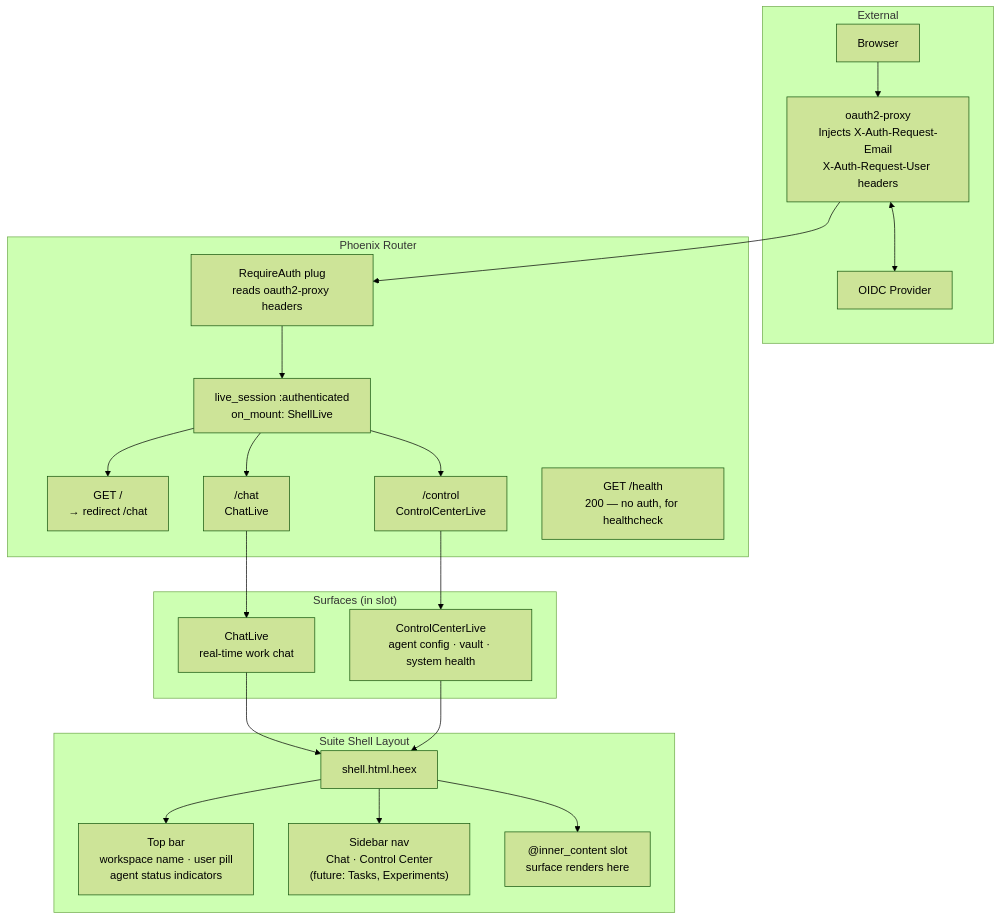
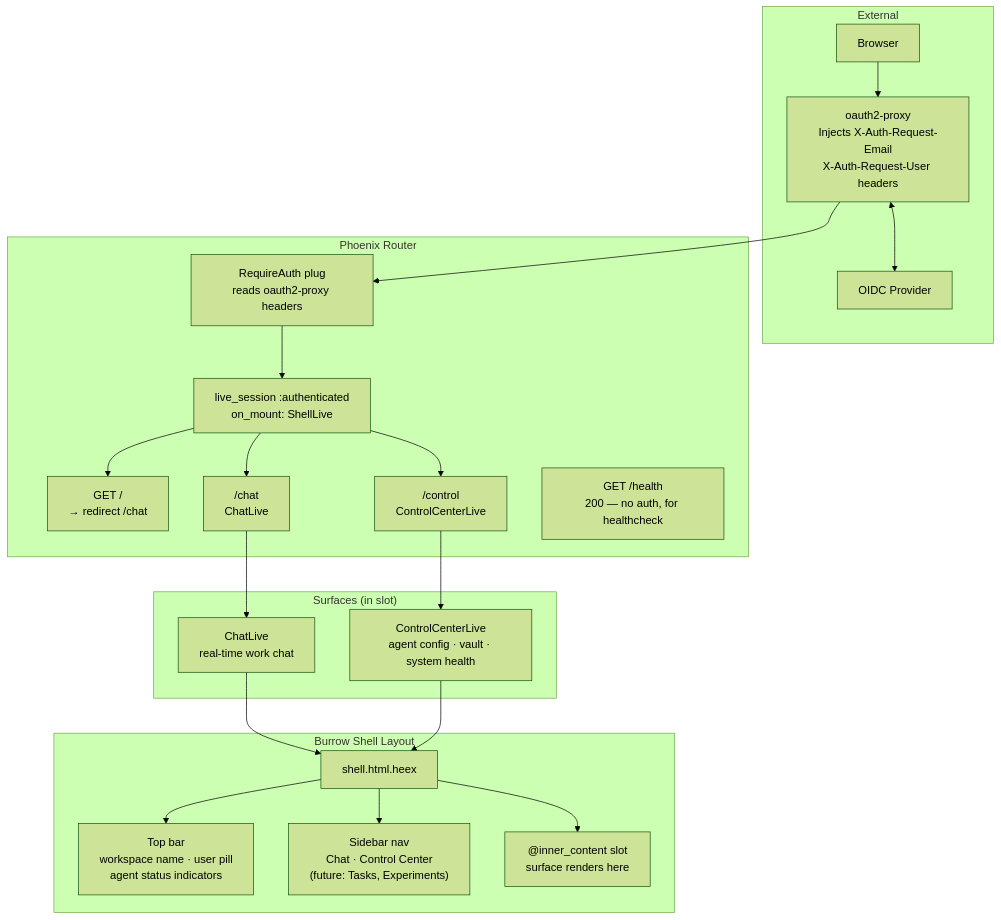
The first of 2 diagrams in docs/architecture/05-suite-shell-adr-0009.md (GetBurrowing/core), drawn with Mermaid (forest theme) before and after one commit. The commit also changed other lines of this file and 359 other files, not shown here.

First line of the commit message:
Burrow rename A2: core user-facing names, docs and app identifiers Suite → Burrow (01a14b9e) (#1268)

````diff
--- a/docs/architecture/05-suite-shell-adr-0009.md
+++ b/docs/architecture/05-suite-shell-adr-0009.md
@@ -5,39 +5,39 @@
 ```mermaid
 graph TB
   subgraph External["External"]
     Browser["Browser"]
     OAuthProxy["oauth2-proxy<br/>Injects X-Auth-Request-Email<br/>X-Auth-Request-User headers"]
     OIDCProvider["OIDC Provider"]
   end
 
   subgraph Phoenix["Phoenix Router"]
     RequireAuth["RequireAuth plug<br/>reads oauth2-proxy headers"]
     LiveSession["live_session :authenticated<br/>on_mount: ShellLive"]
     RootRoute["GET /<br/>→ redirect /chat"]
     ChatRoute["/chat<br/>ChatLive"]
     ControlRoute["/control<br/>ControlCenterLive"]
     HealthRoute["GET /health<br/>200 — no auth, for healthcheck"]
   end
 
-  subgraph ShellLayout["Suite Shell Layout"]
+  subgraph ShellLayout["Burrow Shell Layout"]
     ShellHeex["shell.html.heex"]
     TopBar["Top bar<br/>workspace name · user pill<br/>agent status indicators"]
     Sidebar["Sidebar nav<br/>Chat · Control Center<br/>(future: Tasks, Experiments)"]
     ContentSlot["@inner_content slot<br/>surface renders here"]
   end
 
   subgraph Surfaces["Surfaces (in slot)"]
     ChatLive["ChatLive<br/>real-time work chat"]
     ControlCenter["ControlCenterLive<br/>agent config · vault · system health"]
   end
 
   Browser --> OAuthProxy
   OAuthProxy <--> OIDCProvider
   OAuthProxy --> RequireAuth
   RequireAuth --> LiveSession
   LiveSession --> RootRoute & ChatRoute & ControlRoute
   ChatRoute --> ChatLive
   ControlRoute --> ControlCenter
   ChatLive & ControlCenter --> ShellHeex
   ShellHeex --> TopBar & Sidebar & ContentSlot
 ```
````
